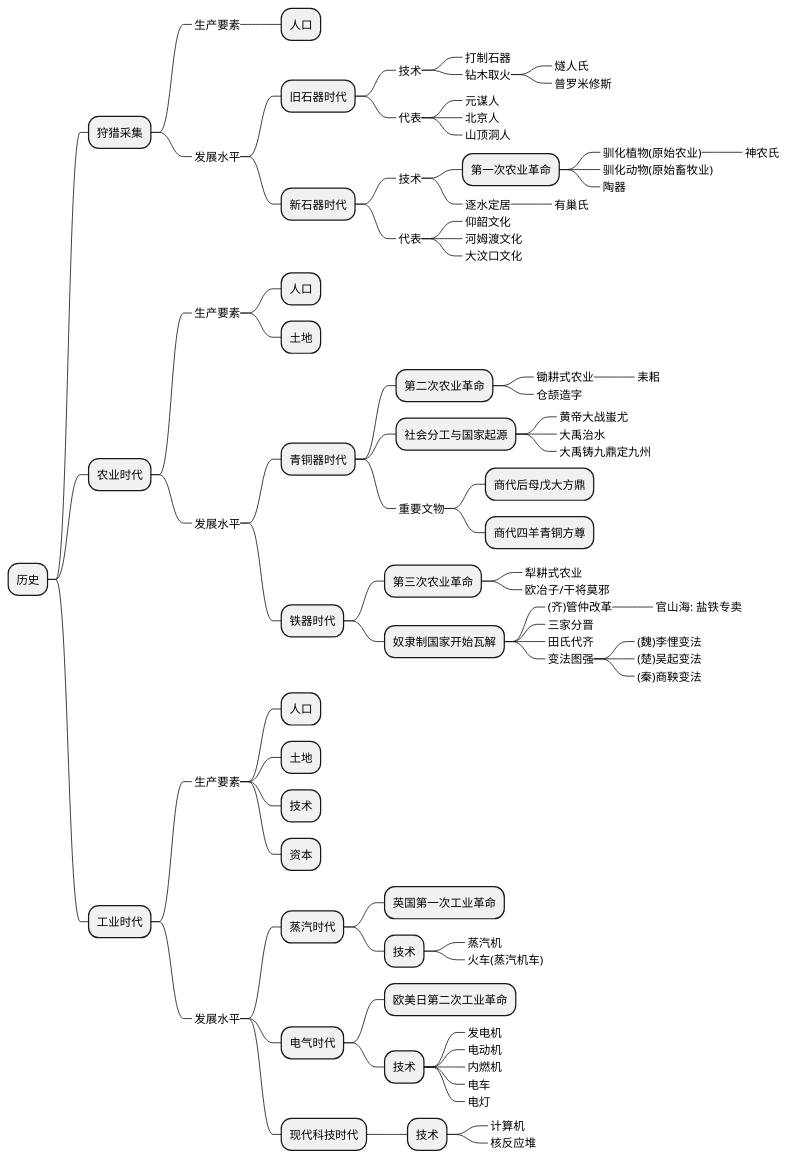
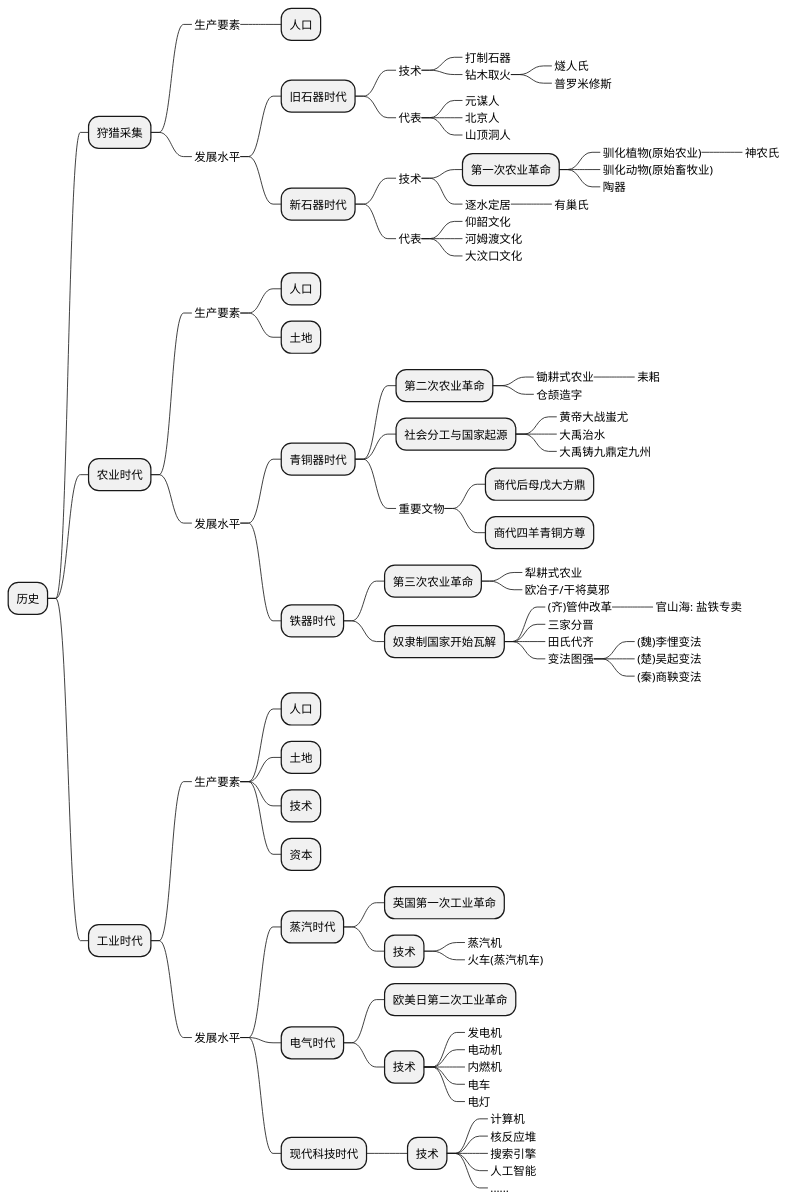
Before and after one commit to holmofy/blog.hufeifei.cn: the diagram in source/_posts/economic/economic_and_history.md, drawn with PlantUML.

````diff
--- a/source/_posts/economic/economic_and_history.md
+++ b/source/_posts/economic/economic_and_history.md
@@ -97,5 +97,8 @@
 +++++ 技术
 ++++++_ 计算机
 ++++++_ 核反应堆
+++++++_ 搜索引擎
+++++++_ 人工智能
+++++++_ ......
 @endmindmap
 ```
````
